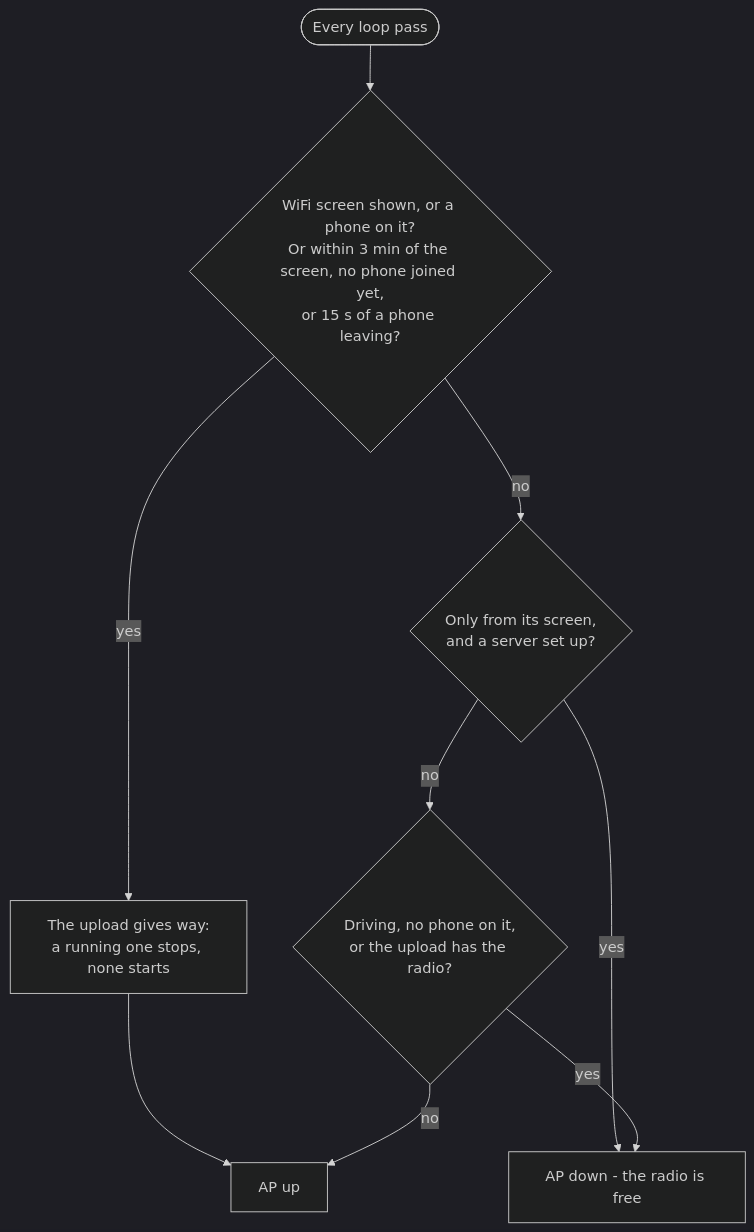
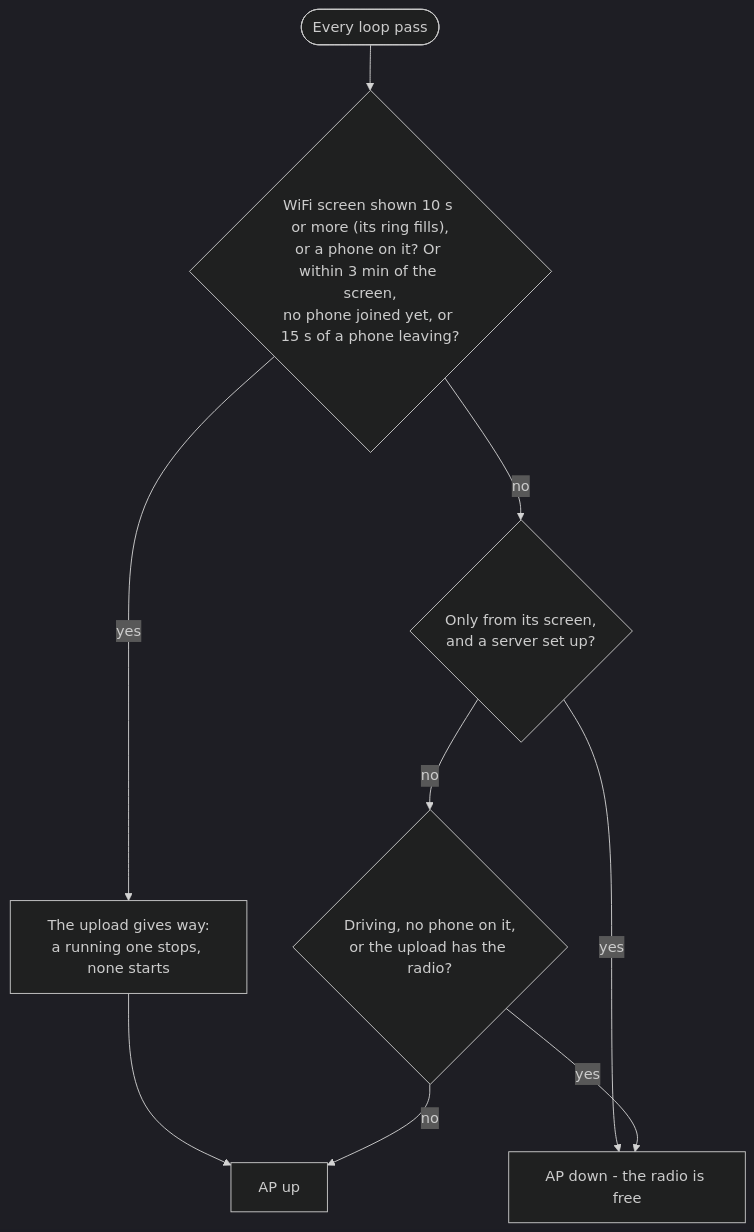
Before and after one commit to kubiq/n-gauge: the third of 6 diagrams in docs/flows.md, drawn with Mermaid (dark theme). The commit also changed 4 other files, not shown here.

First line of the commit message:
WiFi screen: the AP only after 10 s on it, shown by its ring filling

````diff
--- a/docs/flows.md
+++ b/docs/flows.md
@@ -63,11 +63,11 @@
 ```mermaid
 flowchart TD
-  pass([Every loop pass]) --> asked{"WiFi screen shown, or a phone on it?<br/>Or within 3 min of the screen, no phone joined yet,<br/>or 15 s of a phone leaving?"}
+  pass([Every loop pass]) --> asked{"WiFi screen shown 10 s or more (its ring fills),<br/>or a phone on it? Or within 3 min of the screen,<br/>no phone joined yet, or 15 s of a phone leaving?"}
   asked -- yes --> giveway[The upload gives way:<br/>a running one stops, none starts]
   giveway --> up[AP up]
   asked -- no --> mode{"Only from its screen,<br/>and a server set up?"}
   mode -- yes --> down[AP down - the radio is free]
   mode -- no --> driving{"Driving, no phone on it,<br/>or the upload has the radio?"}
   driving -- yes --> down
   driving -- no --> up
 ```
````
